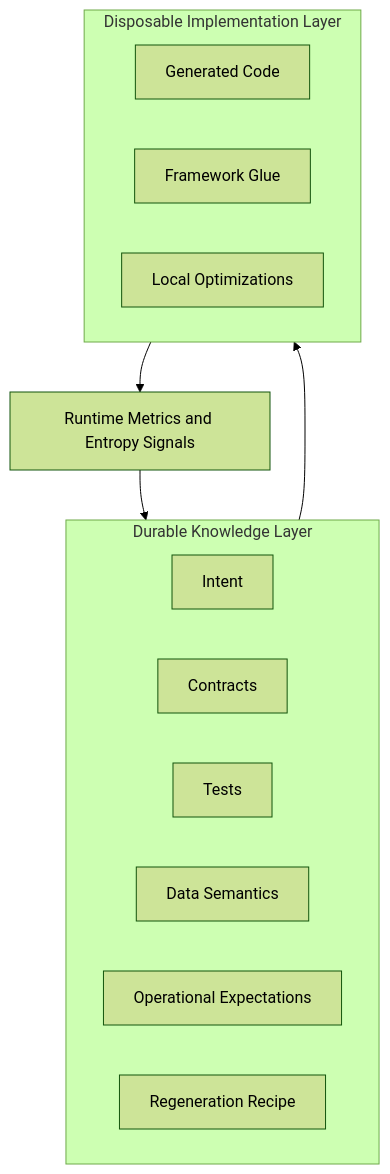
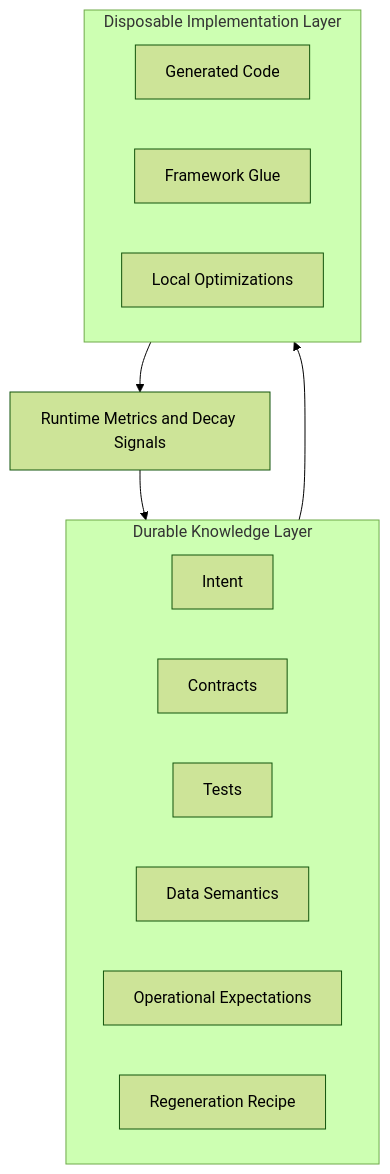
One commit to MilanStarcevic/regenerable-architecture changed the second of 4 diagrams in README.md. Above: the diagram before and after it, drawn with Mermaid (forest theme). The commit also changed other lines of this file and 39 other files, not shown here.

````diff
--- a/README.md
+++ b/README.md
@@ -89,21 +97,21 @@
 ```mermaid
 flowchart TB
     subgraph Durable["Durable Knowledge Layer"]
         I[Intent]
         C[Contracts]
         T[Tests]
         D[Data Semantics]
         O[Operational Expectations]
         R[Regeneration Recipe]
     end
 
     subgraph Disposable["Disposable Implementation Layer"]
         Code[Generated Code]
         Impl[Framework Glue]
         LocalOpt[Local Optimizations]
     end
 
     Durable --> Disposable
-    Disposable --> Metrics[Runtime Metrics and Entropy Signals]
+    Disposable --> Metrics[Runtime Metrics and Decay Signals]
     Metrics --> Durable
 ```
````
